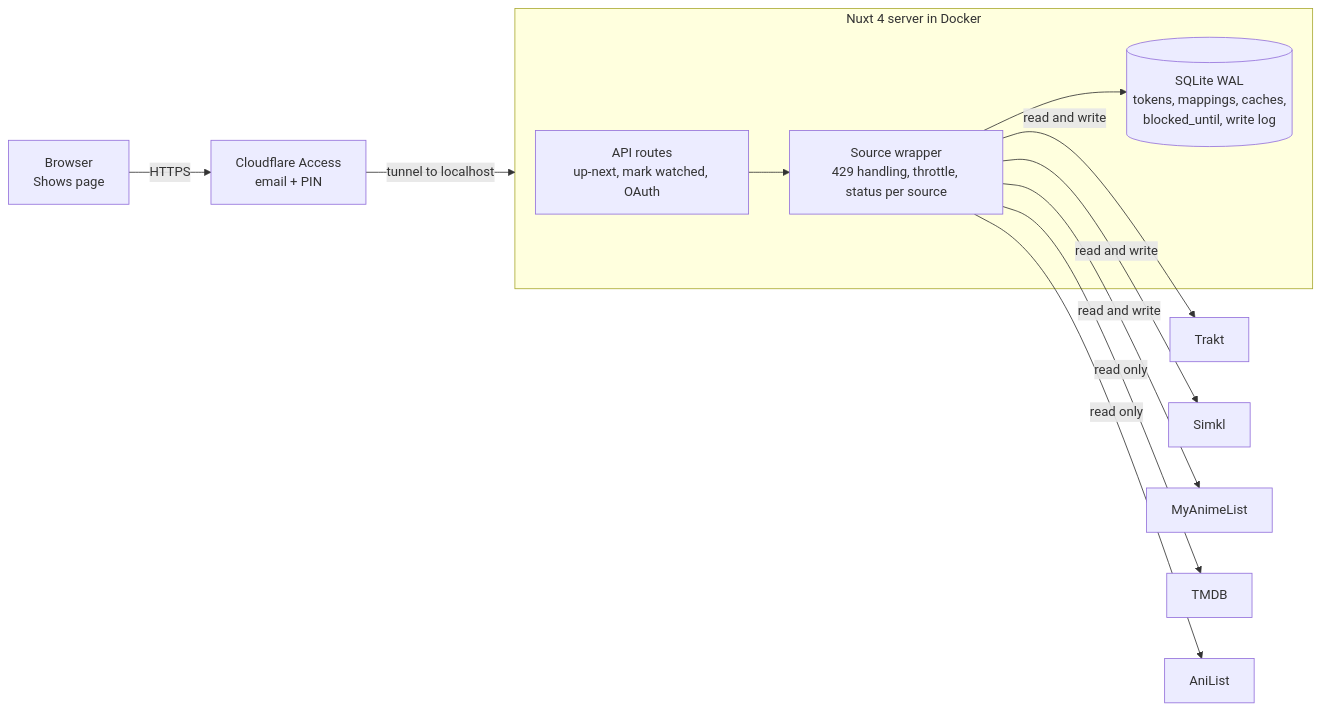
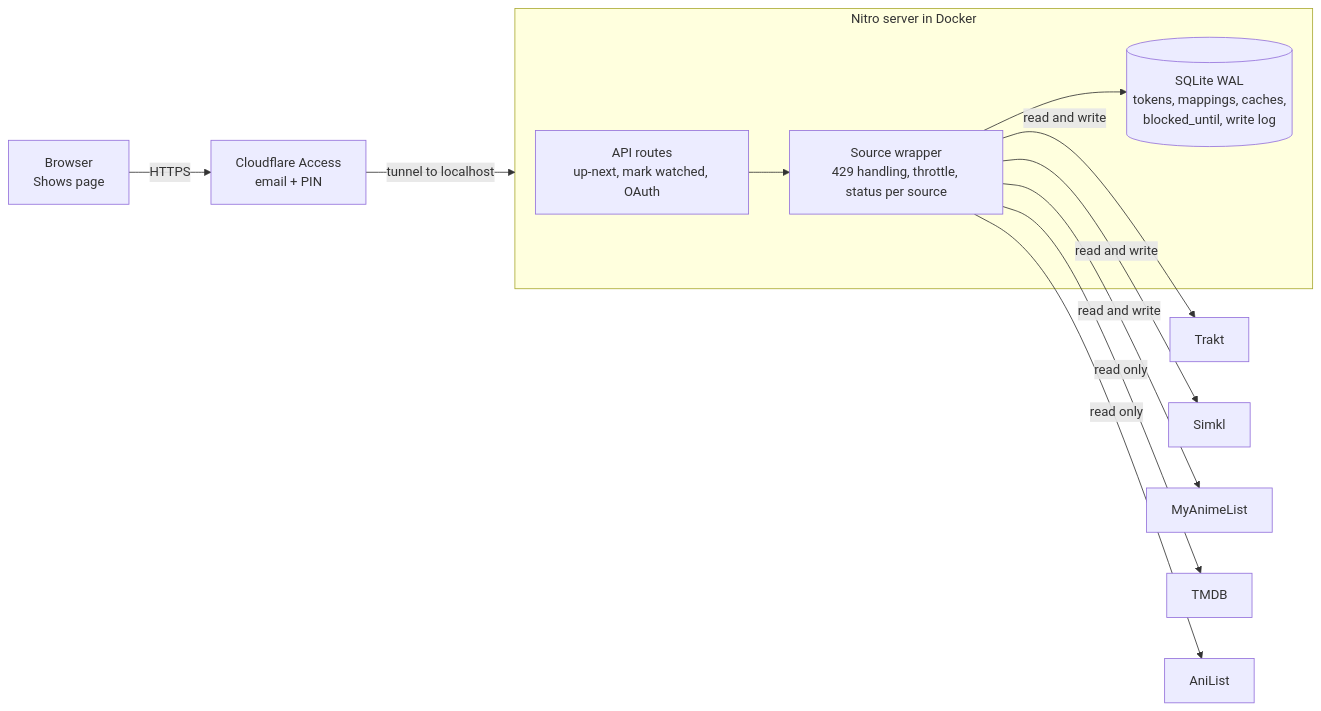
One commit to oowais/tsuzuku changed the first of 2 diagrams in docs/plan.md. Above: the diagram before and after it, drawn with Mermaid. The commit also changed other lines of this file and 58 other files, not shown here.

First line of the commit message:
Plain Nitro instead of Nuxt (#108, step 4.4)

````diff
--- a/docs/plan.md
+++ b/docs/plan.md
@@ -17,14 +17,14 @@
 ```mermaid
 flowchart LR
   B[Browser<br/>Shows page] -->|HTTPS| CF[Cloudflare Access<br/>email + PIN]
   CF -->|tunnel to localhost| S
-  subgraph S[Nuxt 4 server in Docker]
+  subgraph S[Nitro server in Docker]
     API[API routes<br/>up-next, mark watched, OAuth] --> W[Source wrapper<br/>429 handling, throttle, status per source]
     W --> DB[(SQLite WAL<br/>tokens, mappings, caches,<br/>blocked_until, write log)]
   end
   W -->|read and write| T[Trakt]
   W -->|read and write| SK[Simkl]
   W -->|read and write| M[MyAnimeList]
   W -->|read only| TM[TMDB]
   W -->|read only| AL[AniList]
 ```
````
